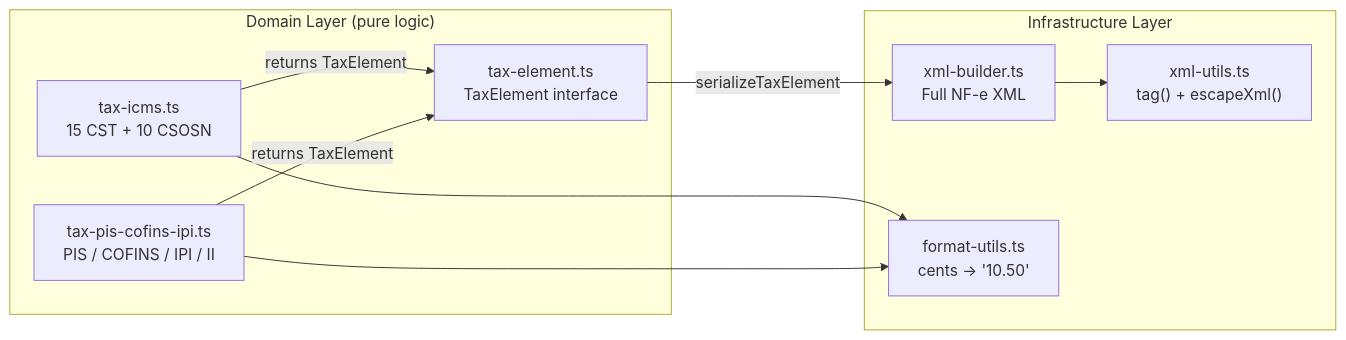
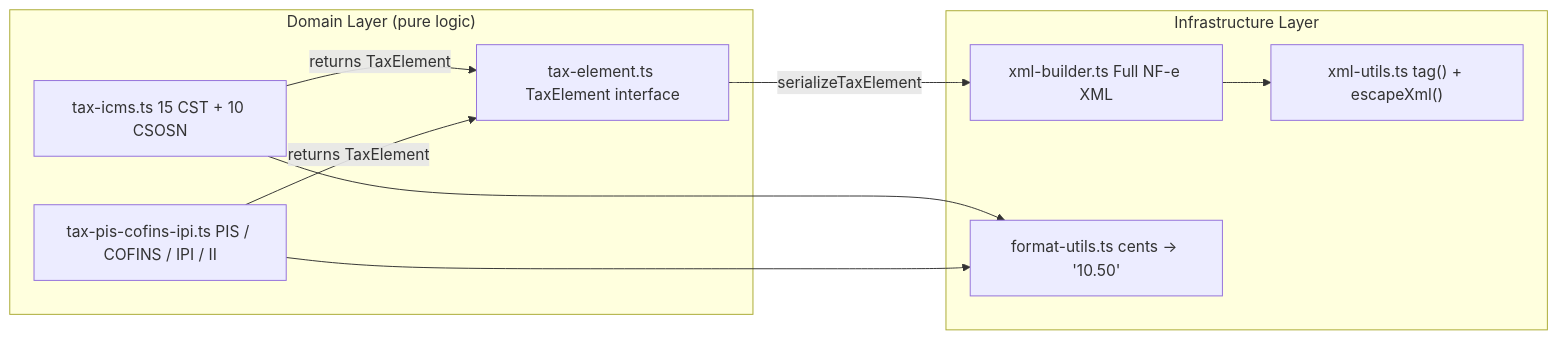
Before and after one commit to JoaoHenriqueBarbosa/FinOpenPOS: the third of 6 diagrams in README.md, drawn with Mermaid. The commit also changed other lines of this file and 4 other files, not shown here.

````diff
--- a/README.md
+++ b/README.md
@@ -211,21 +211,21 @@
 ```mermaid
 flowchart LR
   subgraph Domain["Domain Layer (pure logic)"]
-    ICMS["tax-icms.ts\n15 CST + 10 CSOSN"]
-    PIS["tax-pis-cofins-ipi.ts\nPIS / COFINS / IPI / II"]
-    TE["tax-element.ts\nTaxElement interface"]
+    ICMS["tax-icms.ts 15 CST + 10 CSOSN"]
+    PIS["tax-pis-cofins-ipi.ts PIS / COFINS / IPI / II"]
+    TE["tax-element.ts TaxElement interface"]
   end
 
   subgraph Infra["Infrastructure Layer"]
-    XB["xml-builder.ts\nFull NF-e XML"]
-    XU["xml-utils.ts\ntag() + escapeXml()"]
-    FU["format-utils.ts\ncents → '10.50'"]
+    XB["xml-builder.ts Full NF-e XML"]
+    XU["xml-utils.ts tag() + escapeXml()"]
+    FU["format-utils.ts cents → '10.50'"]
   end
 
   ICMS -->|returns TaxElement| TE
   PIS -->|returns TaxElement| TE
   TE -->|serializeTaxElement| XB
   XB --> XU
   ICMS --> FU
   PIS --> FU
 ```
````
